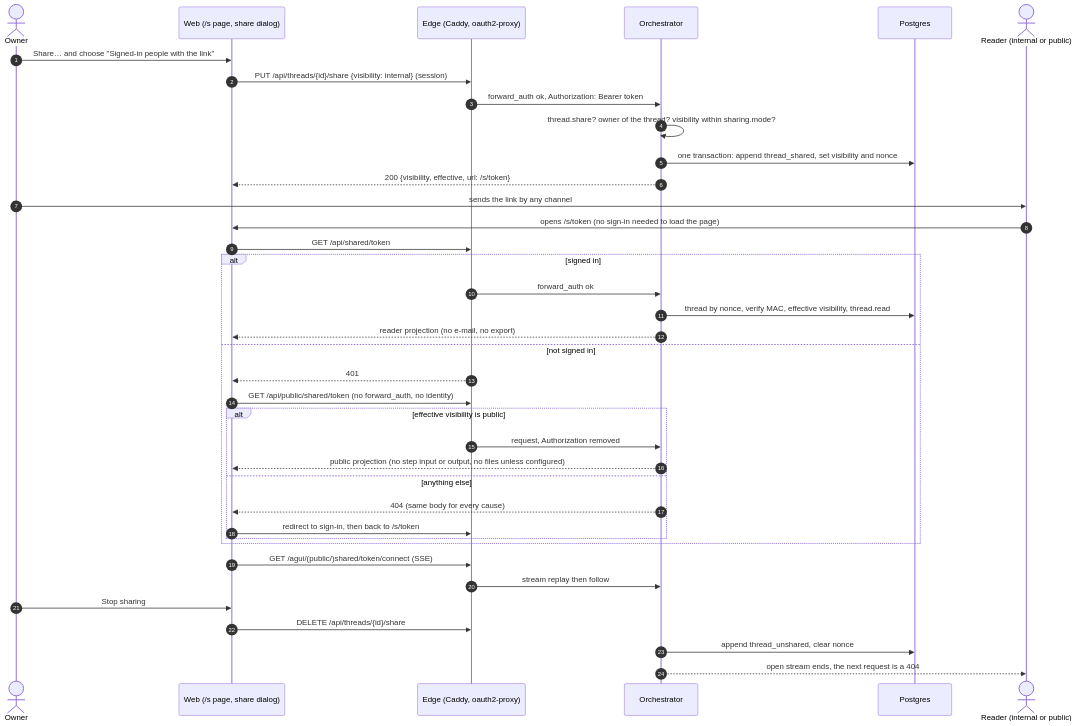
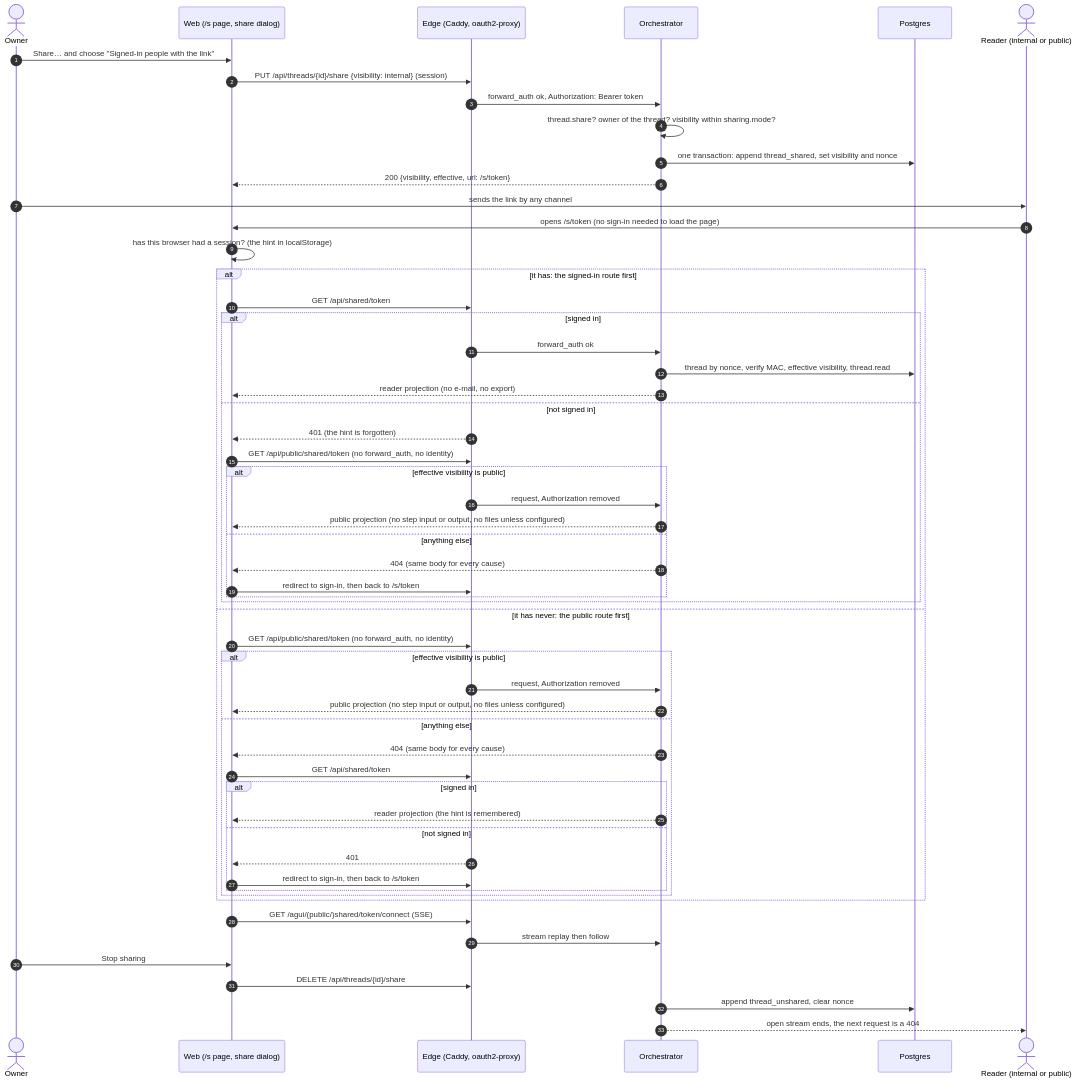
One commit to vymalo/another-agentic-system changed the first of 2 diagrams in docs/decisions/0040-thread-sharing-by-revocable-link.md. Above: the diagram before and after it, drawn with Mermaid. The commit also changed other lines of this file and 154 other files, not shown here.

````diff
--- a/docs/decisions/0040-thread-sharing-by-revocable-link.md
+++ b/docs/decisions/0040-thread-sharing-by-revocable-link.md
@@ -379,41 +394,59 @@
 ```mermaid
 sequenceDiagram
   autonumber
   actor Owner
   participant Web as Web (/s page, share dialog)
   participant Edge as Edge (Caddy, oauth2-proxy)
   participant Orch as Orchestrator
   participant DB as Postgres
   actor Reader as Reader (internal or public)
 
   Owner->>Web: Share… and choose "Signed-in people with the link"
   Web->>Edge: PUT /api/threads/{id}/share {visibility: internal} (session)
   Edge->>Orch: forward_auth ok, Authorization: Bearer token
   Orch->>Orch: thread.share? owner of the thread? visibility within sharing.mode?
   Orch->>DB: one transaction: append thread_shared, set visibility and nonce
   Orch-->>Web: 200 {visibility, effective, url: /s/token}
   Owner->>Reader: sends the link by any channel
   Reader->>Web: opens /s/token (no sign-in needed to load the page)
-  Web->>Edge: GET /api/shared/token
-  alt signed in
-    Edge->>Orch: forward_auth ok
-    Orch->>DB: thread by nonce, verify MAC, effective visibility, thread.read
-    Orch-->>Web: reader projection (no e-mail, no export)
-  else not signed in
-    Edge-->>Web: 401
+  Web->>Web: has this browser had a session? (the hint in localStorage)
+  alt it has: the signed-in route first
+    Web->>Edge: GET /api/shared/token
+    alt signed in
+      Edge->>Orch: forward_auth ok
+      Orch->>DB: thread by nonce, verify MAC, effective visibility, thread.read
+      Orch-->>Web: reader projection (no e-mail, no export)
+    else not signed in
+      Edge-->>Web: 401 (the hint is forgotten)
+      Web->>Edge: GET /api/public/shared/token (no forward_auth, no identity)
+      alt effective visibility is public
+        Edge->>Orch: request, Authorization removed
+        Orch-->>Web: public projection (no step input or output, no files unless configured)
+      else anything else
+        Orch-->>Web: 404 (same body for every cause)
+        Web->>Edge: redirect to sign-in, then back to /s/token
+      end
+    end
+  else it has never: the public route first
     Web->>Edge: GET /api/public/shared/token (no forward_auth, no identity)
     alt effective visibility is public
       Edge->>Orch: request, Authorization removed
       Orch-->>Web: public projection (no step input or output, no files unless configured)
     else anything else
       Orch-->>Web: 404 (same body for every cause)
-      Web->>Edge: redirect to sign-in, then back to /s/token
+      Web->>Edge: GET /api/shared/token
+      alt signed in
+        Orch-->>Web: reader projection (the hint is remembered)
+      else not signed in
+        Edge-->>Web: 401
+        Web->>Edge: redirect to sign-in, then back to /s/token
+      end
     end
   end
   Web->>Edge: GET /agui/(public/)shared/token/connect (SSE)
   Edge->>Orch: stream replay then follow
   Owner->>Web: Stop sharing
   Web->>Edge: DELETE /api/threads/{id}/share
   Orch->>DB: append thread_unshared, clear nonce
   Orch-->>Reader: open stream ends, the next request is a 404
 ```
````
